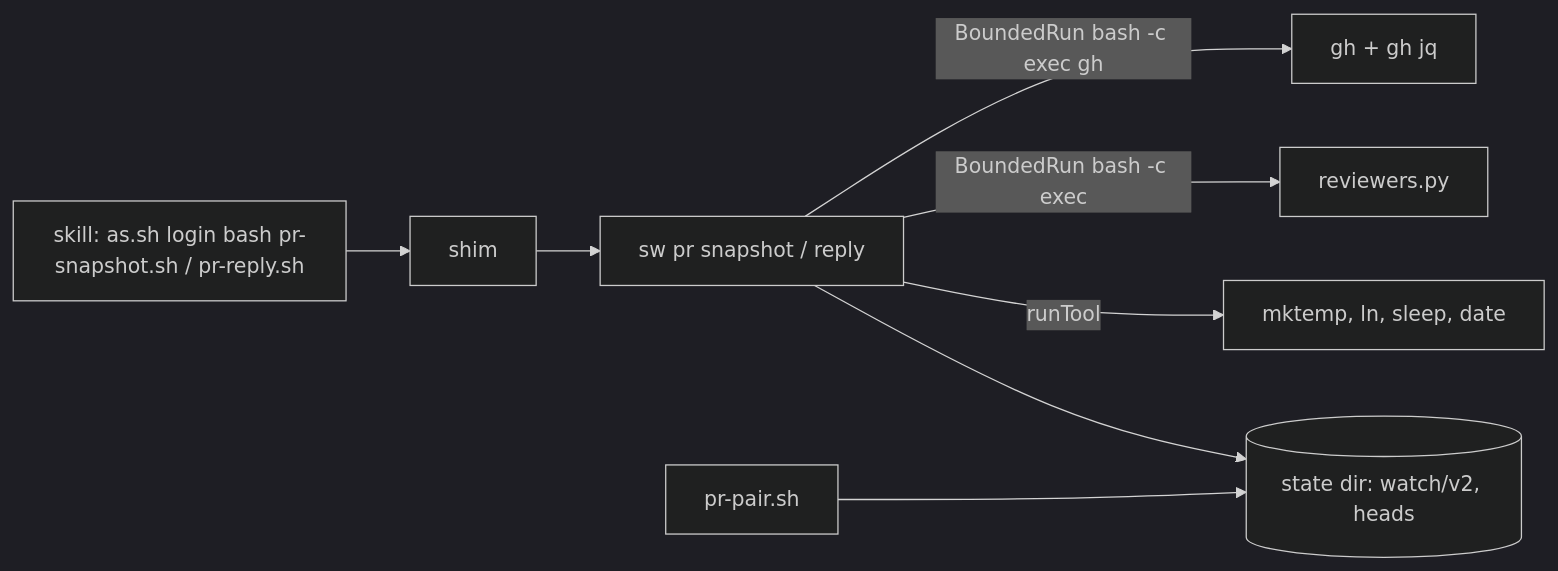
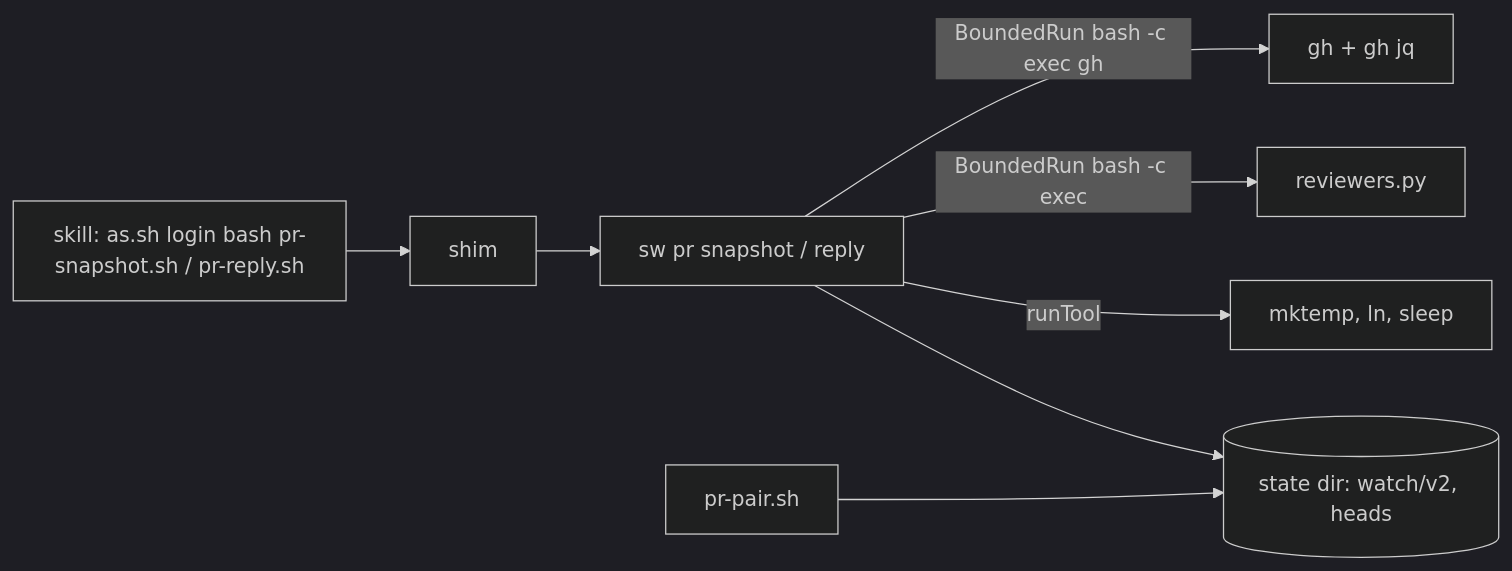
The second of 3 diagrams in openspec/changes/native-cli-pr-io/design.md (sh1ny/specwright), drawn with Mermaid (dark theme) before and after one commit. The commit also changed other lines of this file and 1 other file, not shown here.

````diff
--- a/openspec/changes/native-cli-pr-io/design.md
+++ b/openspec/changes/native-cli-pr-io/design.md
@@ -233,9 +233,9 @@
 ```mermaid
 flowchart LR
     K[skill: as.sh login bash pr-snapshot.sh / pr-reply.sh] --> SH[shim] --> SW[sw pr snapshot / reply]
     SW -->|BoundedRun bash -c exec gh| GH[gh + gh jq]
     SW -->|BoundedRun bash -c exec| RV[reviewers.py]
-    SW -->|runTool| UT[mktemp, ln, sleep, date]
+    SW -->|runTool| UT[mktemp, ln, sleep]
     SW --> ST[(state dir: watch/v2, heads)]
     PP[pr-pair.sh] --> ST
 ```
````
